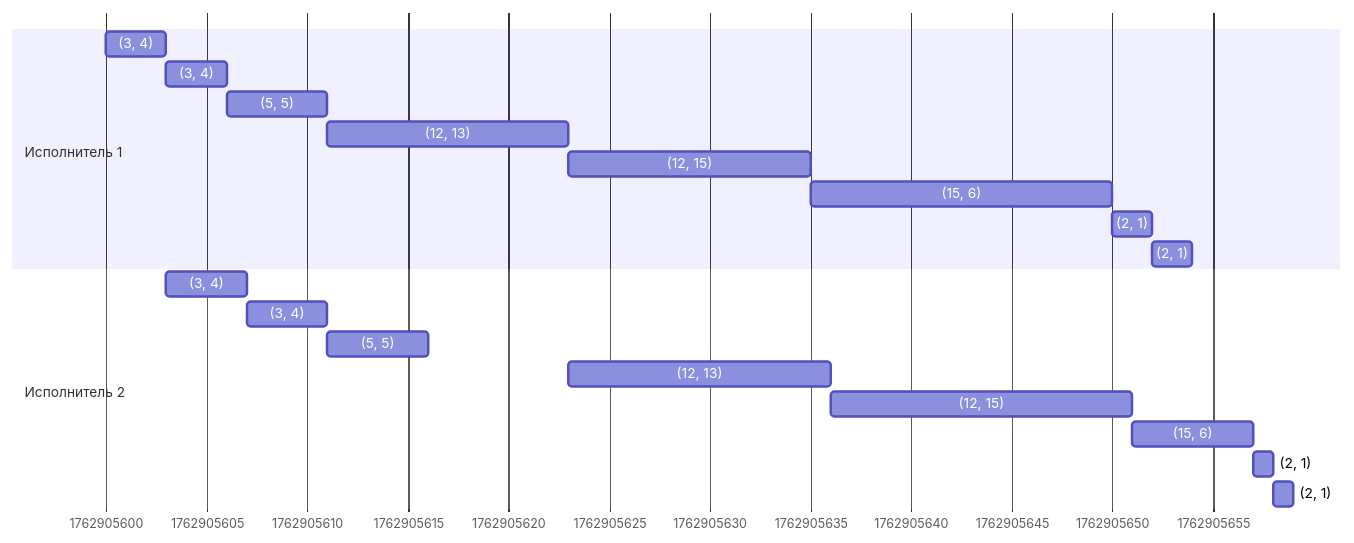
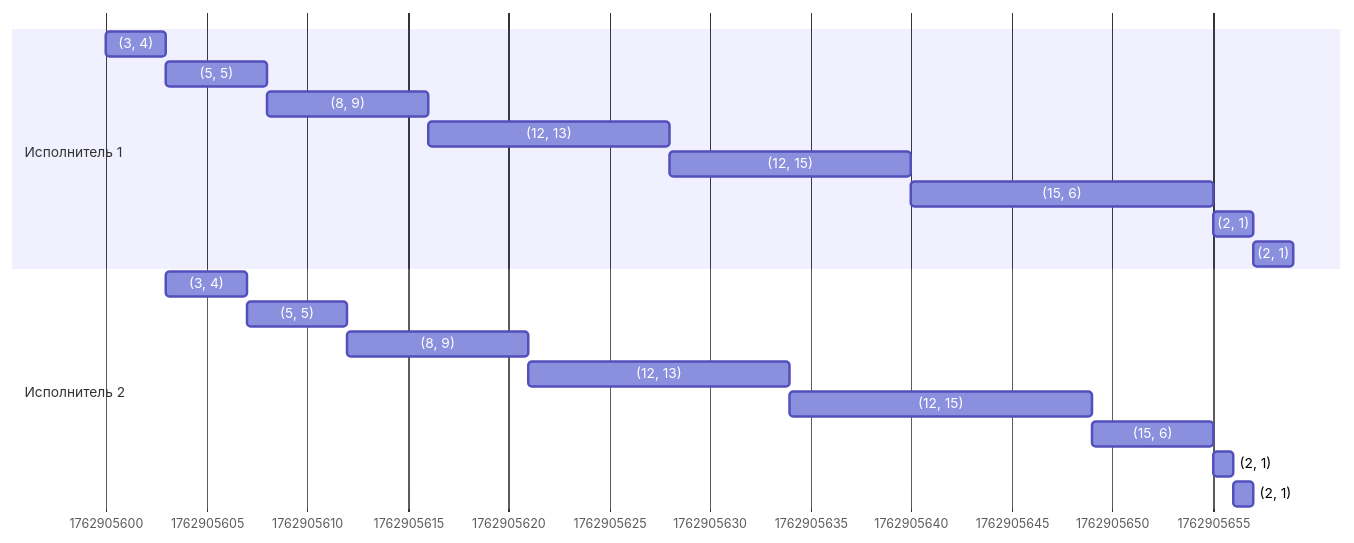
One commit to hse-algo-psapr-25/manual-tasks changed the third of 3 diagrams in Задание 8/Skibidi.md. Above: the diagram before and after it, drawn with Mermaid. The commit also changed other lines of this file, not shown here.

Commit message:
Added fixes

````diff
--- a/Задание 8/Skibidi.md
+++ b/Задание 8/Skibidi.md
@@ -95,23 +96,23 @@
 ```mermaid
 gantt
     dateFormat s
     axisFormat %s
     section Исполнитель 1
         (3, 4): a1, 0, 3s
-        (3, 4): a2, 3, 3s
-        (5, 5): a3, 6, 5s
-        (12, 13): a4, 11, 12s
-        (12, 15): a5, 23, 12s
-        (15, 6): a6, 35, 15s
-        (2, 1): a7, 50, 2s
-        (2, 1): a8, 52, 2s
+        (5, 5): a2, 3, 5s
+        (8, 9): a3, 8, 8s
+        (12, 13): a4, 16, 12s
+        (12, 15): a5, 28, 12s
+        (15, 6): a6, 40, 15s
+        (2, 1): a7, 55, 2s
+        (2, 1): a8, 57, 2s
     section Исполнитель 2
         (3, 4): a1, 3, 4s
-        (3, 4): a2, 7, 4s
-        (5, 5): a3, 11, 5s
-        (12, 13): a4, 23, 13s
-        (12, 15): a5, 36, 15s
-        (15, 6): a6, 51, 6s
-        (2, 1): a7, 57, 1s
-        (2, 1): a8, 58, 1s
+        (5, 5): a2, 7, 5s
+        (8, 9): a3, 12, 9s
+        (12, 13): a4, 21, 13s
+        (12, 15): a5, 34, 15s
+        (15, 6): a6, 49, 6s
+        (2, 1): a7, 55, 1s
+        (2, 1): a8, 56, 1s
 ```
````
